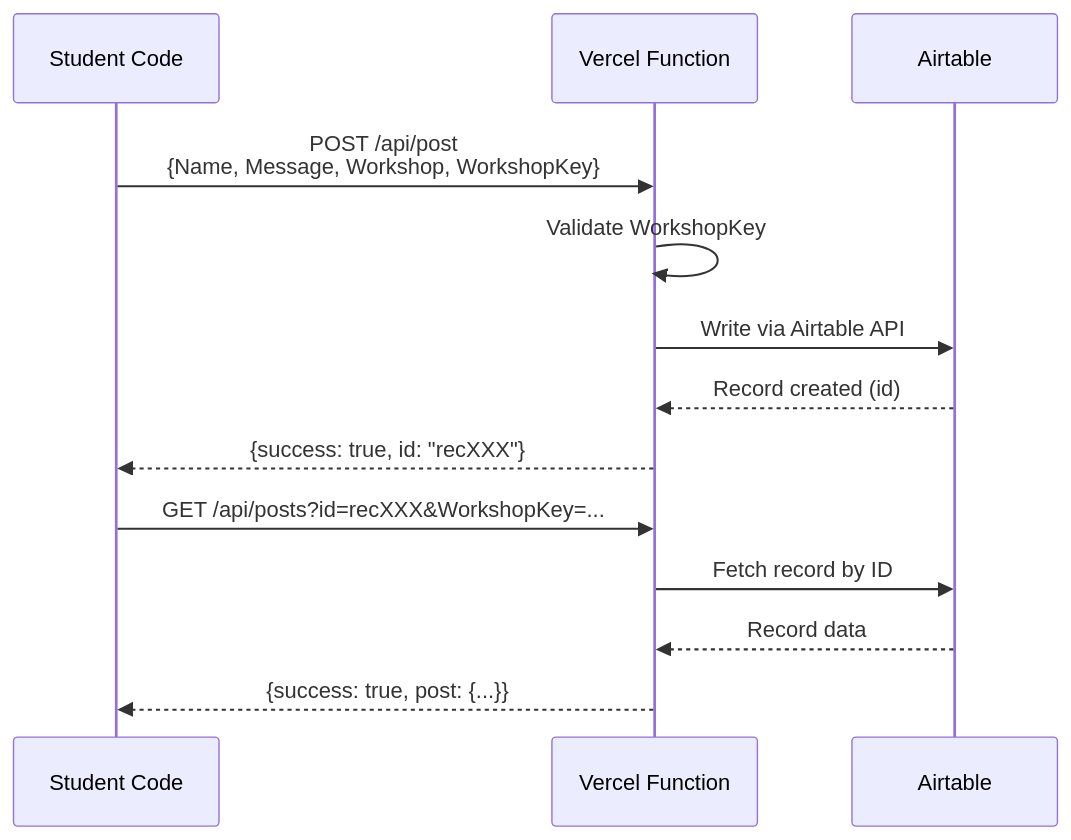
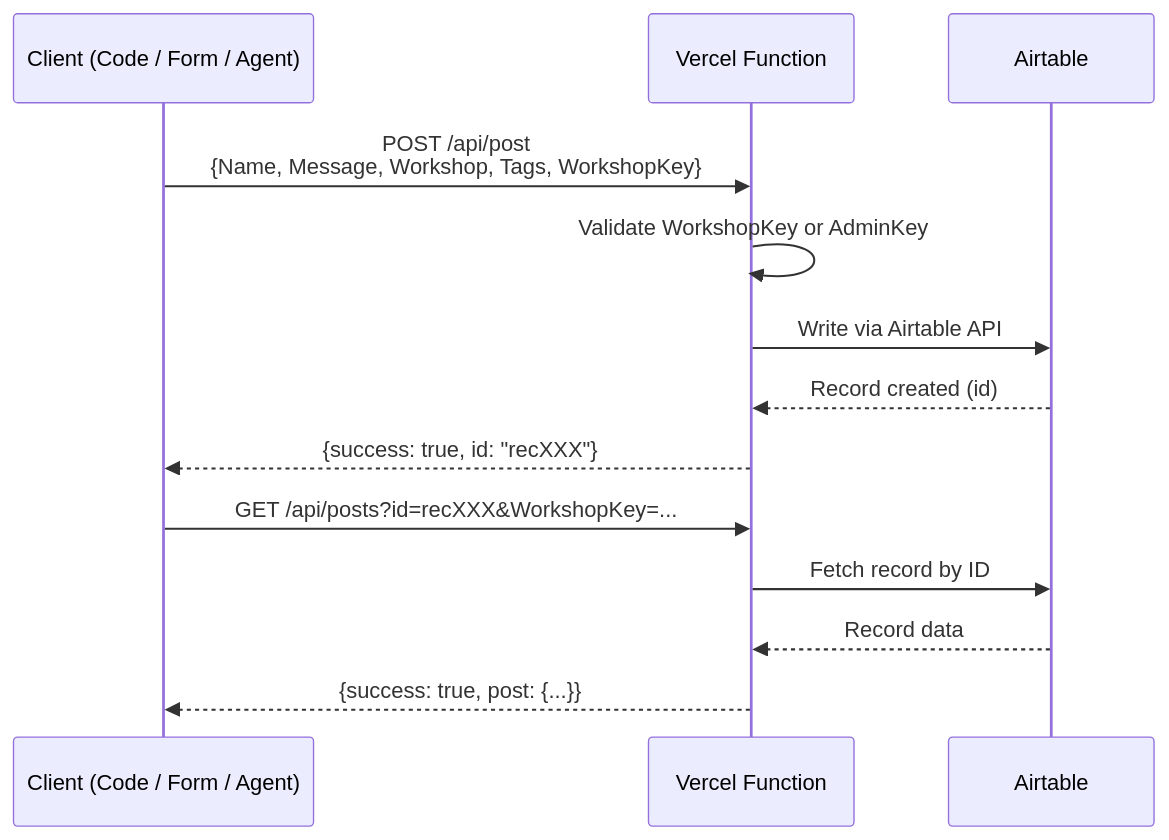
Before and after one commit to segunak/workshops-live-feed: the diagram in README.md, drawn with Mermaid. The commit also changed other lines of this file and 2 other files, not shown here.

Commit message:
Update README and HTML for enhanced live feed interaction and agent post integration

````diff
--- a/README.md
+++ b/README.md
@@ -17,16 +16,16 @@
 ```mermaid
 sequenceDiagram
-    participant Student as Student Code
+    participant Client as Client (Code / Form / Agent)
     participant Vercel as Vercel Function
     participant Airtable as Airtable
 
-    Student->>Vercel: POST /api/post<br/>{Name, Message, Workshop, WorkshopKey}
-    Vercel->>Vercel: Validate WorkshopKey
+    Client->>Vercel: POST /api/post<br/>{Name, Message, Workshop, Tags, WorkshopKey}
+    Vercel->>Vercel: Validate WorkshopKey or AdminKey
     Vercel->>Airtable: Write via Airtable API
     Airtable-->>Vercel: Record created (id)
-    Vercel-->>Student: {success: true, id: "recXXX"}
-    Student->>Vercel: GET /api/posts?id=recXXX&WorkshopKey=...
+    Vercel-->>Client: {success: true, id: "recXXX"}
+    Client->>Vercel: GET /api/posts?id=recXXX&WorkshopKey=...
     Vercel->>Airtable: Fetch record by ID
     Airtable-->>Vercel: Record data
-    Vercel-->>Student: {success: true, post: {...}}
+    Vercel-->>Client: {success: true, post: {...}}
 ```
````
